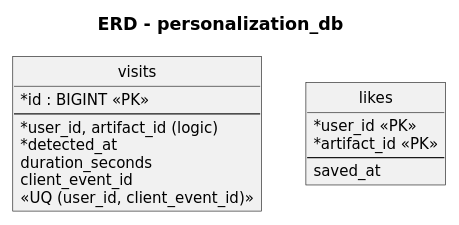
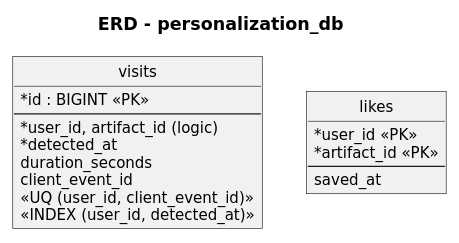
The diagram in Diagram/personalization-service/erd-personalization-db.puml (Hoifbao/XDPMHDT), drawn with PlantUML before and after one commit. The commit also changed 30 other files, not shown here.

```diff
--- a/Diagram/personalization-service/erd-personalization-db.puml
+++ b/Diagram/personalization-service/erd-personalization-db.puml
@@ -1,28 +1,29 @@
 @startuml
 skinparam defaultFontName "DejaVu Sans"
 skinparam defaultFontSize 12
 skinparam monochrome true
 skinparam shadowing false
 skinparam roundcorner 0
 skinparam linetype ortho
 skinparam classAttributeIconSize 0
 skinparam sequenceMessageAlign left
 skinparam ArrowColor #000000
 title ERD – personalization_db
 hide circle
 entity visits {
   * id : BIGINT <<PK>>
   --
   * user_id, artifact_id (logic)
   * detected_at
   duration_seconds
   client_event_id
   <<UQ (user_id, client_event_id)>>
+  <<INDEX (user_id, detected_at)>>
 }
 entity likes {
   * user_id <<PK>>
   * artifact_id <<PK>>
   --
   saved_at
 }
 @enduml
```
